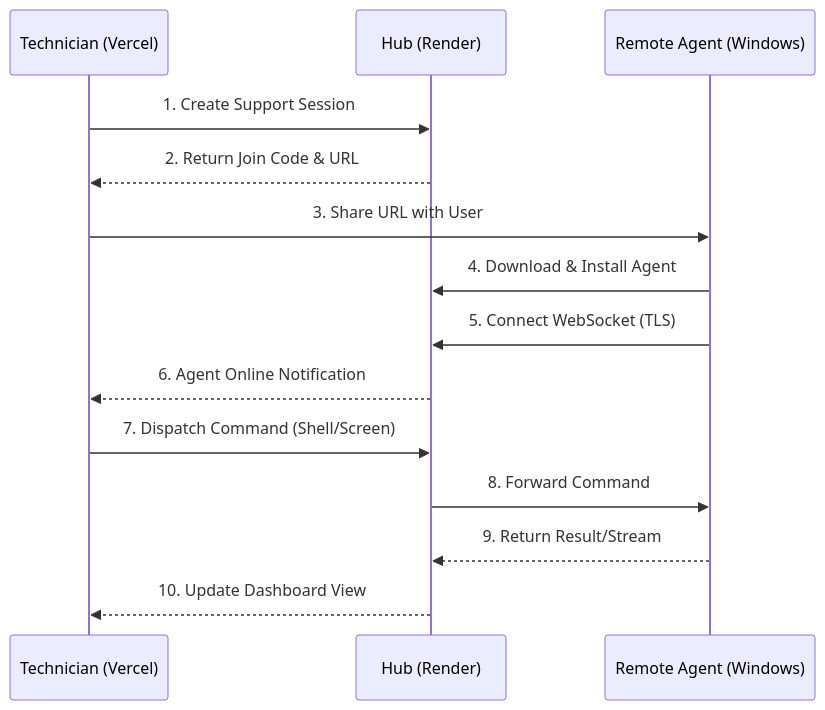
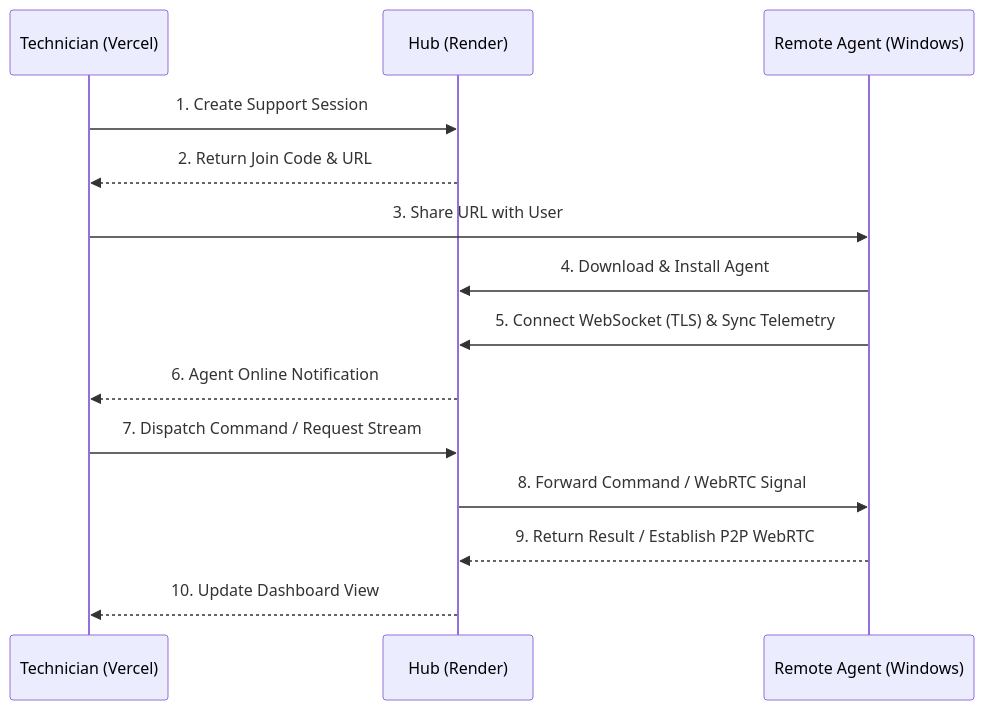
The diagram in README.md (00xf5/skreen), drawn with Mermaid before and after one commit. The commit also changed other lines of this file, not shown here.

````diff
--- a/README.md
+++ b/README.md
@@ -30,17 +40,17 @@
 ```mermaid
 sequenceDiagram
     participant T as Technician (Vercel)
     participant H as Hub (Render)
     participant A as Remote Agent (Windows)
 
     T->>H: 1. Create Support Session
     H-->>T: 2. Return Join Code & URL
     T->>A: 3. Share URL with User
     A->>H: 4. Download & Install Agent
-    A->>H: 5. Connect WebSocket (TLS)
+    A->>H: 5. Connect WebSocket (TLS) & Sync Telemetry
     H-->>T: 6. Agent Online Notification
-    T->>H: 7. Dispatch Command (Shell/Screen)
-    H->>A: 8. Forward Command
-    A-->>H: 9. Return Result/Stream
+    T->>H: 7. Dispatch Command / Request Stream
+    H->>A: 8. Forward Command / WebRTC Signal
+    A-->>H: 9. Return Result / Establish P2P WebRTC
     H-->>T: 10. Update Dashboard View
 ```
````
